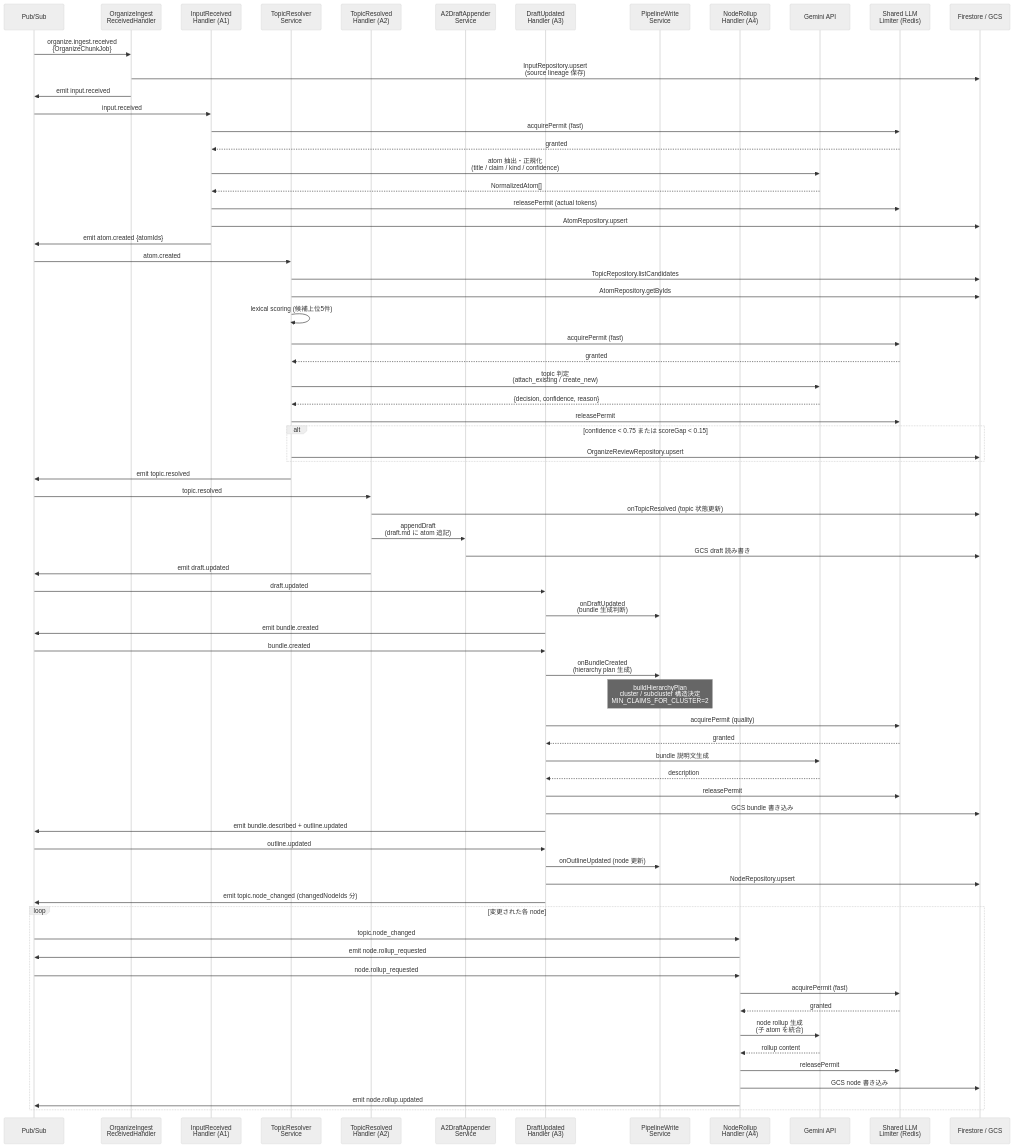
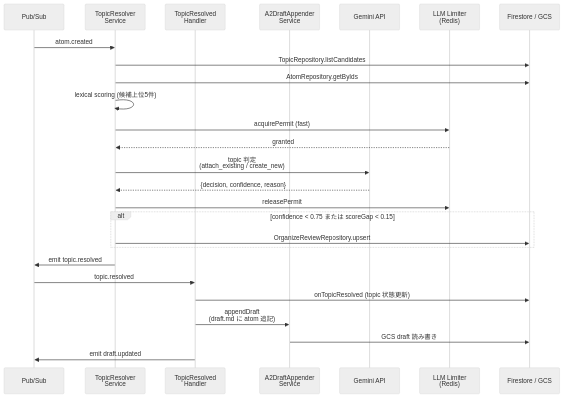
Before and after one commit to Keyhole-Koro/ActionOrganize: the seventh of 13 diagrams in docs/ingest-organize-flow.md, drawn with Mermaid (neutral theme). The commit also changed other lines of this file and 7 other files, not shown here.

````diff
--- a/docs/ingest-organize-flow.md
+++ b/docs/ingest-organize-flow.md
@@ -158,82 +194,32 @@
 ```mermaid
 sequenceDiagram
     participant PubSub as Pub/Sub
-    participant OI as OrganizeIngest<br/>ReceivedHandler
-    participant A1 as InputReceived<br/>Handler (A1)
     participant TR as TopicResolver<br/>Service
-    participant A2 as TopicResolved<br/>Handler (A2)
+    participant A2 as TopicResolved<br/>Handler
     participant Draft as A2DraftAppender<br/>Service
-    participant A3 as DraftUpdated<br/>Handler (A3)
-    participant Bundle as PipelineWrite<br/>Service
-    participant A4 as NodeRollup<br/>Handler (A4)
     participant Gemini as Gemini API
-    participant Limiter as Shared LLM<br/>Limiter (Redis)
+    participant Limiter as LLM Limiter<br/>(Redis)
     participant Store as Firestore / GCS
-
-    PubSub->>OI: organize.ingest.received<br/>{OrganizeChunkJob}
-    OI->>Store: InputRepository.upsert<br/>(source lineage 保存)
-    OI->>PubSub: emit input.received
-
-    PubSub->>A1: input.received
-    A1->>Limiter: acquirePermit (fast)
-    Limiter-->>A1: granted
-    A1->>Gemini: atom 抽出・正規化<br/>(title / claim / kind / confidence)
-    Gemini-->>A1: NormalizedAtom[]
-    A1->>Limiter: releasePermit (actual tokens)
-    A1->>Store: AtomRepository.upsert
-    A1->>PubSub: emit atom.created {atomIds}
 
     PubSub->>TR: atom.created
     TR->>Store: TopicRepository.listCandidates
     TR->>Store: AtomRepository.getByIds
     TR->>TR: lexical scoring (候補上位5件)
     TR->>Limiter: acquirePermit (fast)
     Limiter-->>TR: granted
     TR->>Gemini: topic 判定<br/>(attach_existing / create_new)
     Gemini-->>TR: {decision, confidence, reason}
     TR->>Limiter: releasePermit
+
     alt confidence < 0.75 または scoreGap < 0.15
         TR->>Store: OrganizeReviewRepository.upsert
     end
+
     TR->>PubSub: emit topic.resolved
 
     PubSub->>A2: topic.resolved
     A2->>Store: onTopicResolved (topic 状態更新)
     A2->>Draft: appendDraft<br/>(draft.md に atom 追記)
     Draft->>Store: GCS draft 読み書き
     A2->>PubSub: emit draft.updated
-
-    PubSub->>A3: draft.updated
-    A3->>Bundle: onDraftUpdated<br/>(bundle 生成判断)
-    A3->>PubSub: emit bundle.created
-
-    PubSub->>A3: bundle.created
-    A3->>Bundle: onBundleCreated<br/>(hierarchy plan 生成)
-    Note over Bundle: buildHierarchyPlan<br/>cluster / subcluster 構造決定<br/>MIN_CLAIMS_FOR_CLUSTER=2
-    A3->>Limiter: acquirePermit (quality)
-    Limiter-->>A3: granted
-    A3->>Gemini: bundle 説明文生成
-    Gemini-->>A3: description
-    A3->>Limiter: releasePermit
-    A3->>Store: GCS bundle 書き込み
-    A3->>PubSub: emit bundle.described + outline.updated
-
-    PubSub->>A3: outline.updated
-    A3->>Bundle: onOutlineUpdated (node 更新)
-    A3->>Store: NodeRepository.upsert
-    A3->>PubSub: emit topic.node_changed (changedNodeIds 分)
-
-    loop 変更された各 node
-        PubSub->>A4: topic.node_changed
-        A4->>PubSub: emit node.rollup_requested
-
-        PubSub->>A4: node.rollup_requested
-        A4->>Limiter: acquirePermit (fast)
-        Limiter-->>A4: granted
-        A4->>Gemini: node rollup 生成<br/>(子 atom を統合)
-        Gemini-->>A4: rollup content
-        A4->>Limiter: releasePermit
-        A4->>Store: GCS node 書き込み
-        A4->>PubSub: emit node.rollup.updated
-    end
 ```
````
